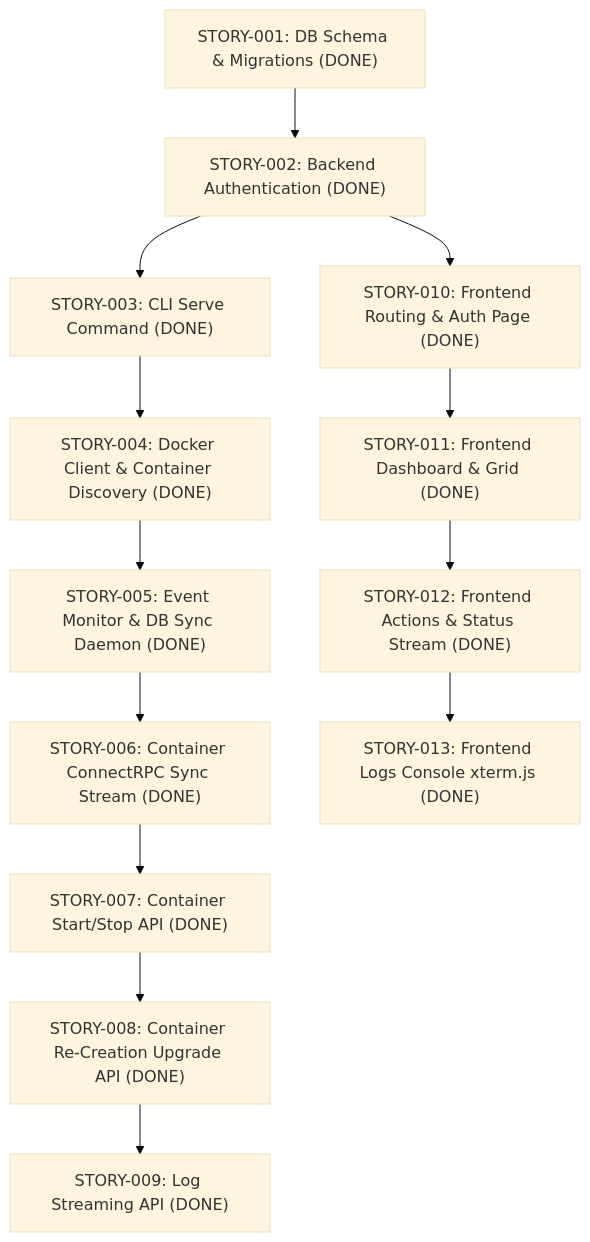
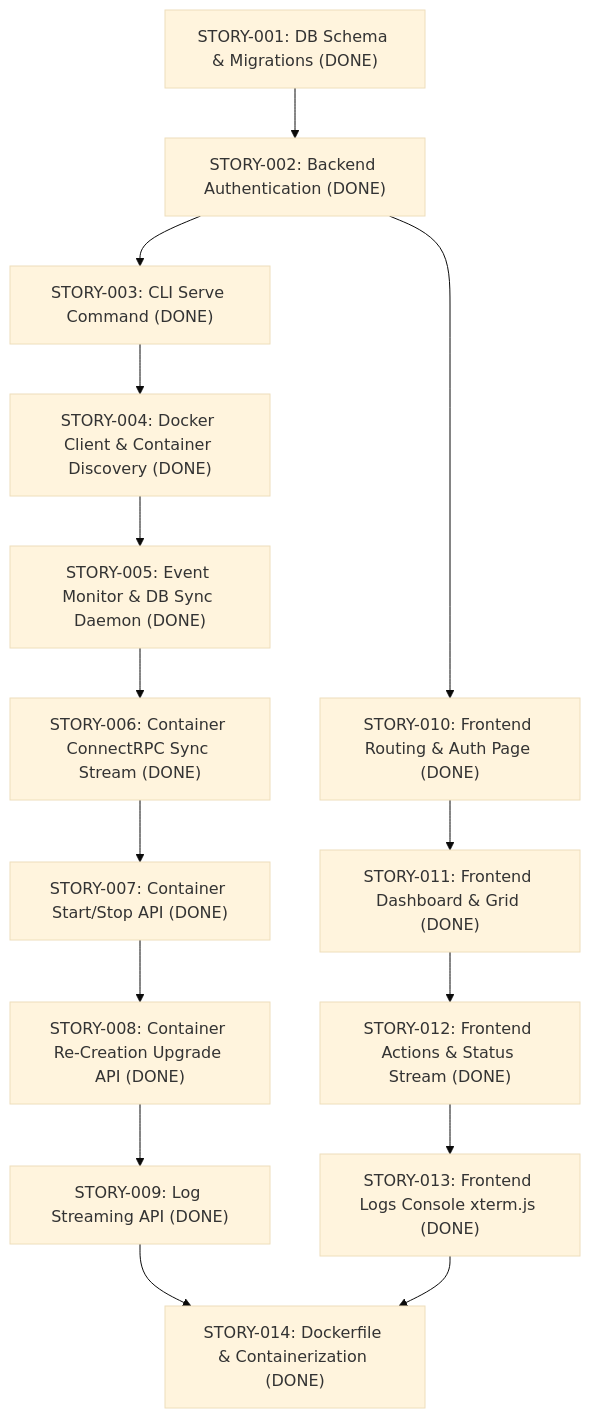
The diagram in docs/stories.md (noosxe/dmanager), drawn with Mermaid (base theme) before and after one commit. The commit also changed other lines of this file and 7 other files, not shown here.

````diff
--- a/docs/stories.md
+++ b/docs/stories.md
@@ -5,15 +5,17 @@
 ```mermaid
 graph TD
     S1["STORY-001: DB Schema & Migrations (DONE)"] --> S2["STORY-002: Backend Authentication (DONE)"]
     S2 --> S3["STORY-003: CLI Serve Command (DONE)"]
     S3 --> S4["STORY-004: Docker Client & Container Discovery (DONE)"]
     S4 --> S5["STORY-005: Event Monitor & DB Sync Daemon (DONE)"]
     S5 --> S6["STORY-006: Container ConnectRPC Sync Stream (DONE)"]
     S6 --> S7["STORY-007: Container Start/Stop API (DONE)"]
     S7 --> S8["STORY-008: Container Re-Creation Upgrade API (DONE)"]
     S8 --> S9["STORY-009: Log Streaming API (DONE)"]
     S2 --> F1["STORY-010: Frontend Routing & Auth Page (DONE)"]
     F1 --> F2["STORY-011: Frontend Dashboard & Grid (DONE)"]
     F2 --> F3["STORY-012: Frontend Actions & Status Stream (DONE)"]
     F3 --> F4["STORY-013: Frontend Logs Console xterm.js (DONE)"]
+    S9 --> S14["STORY-014: Dockerfile & Containerization (DONE)"]
+    F4 --> S14
 ```
````
